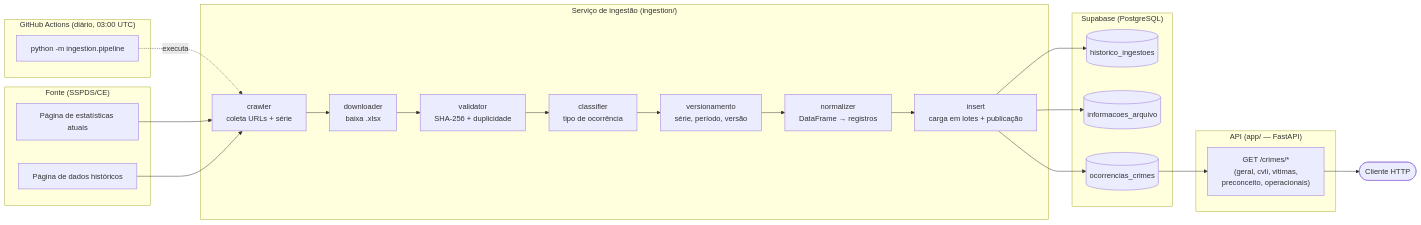
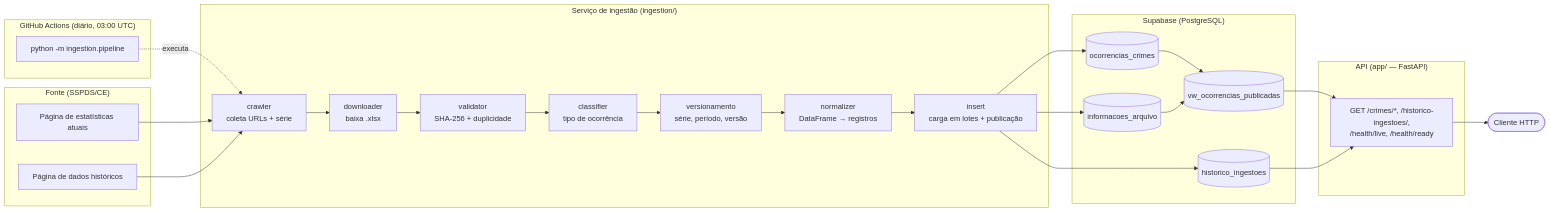
One commit to lucaspbds/api_sspds changed the diagram in README.md. Above: the diagram before and after it, drawn with Mermaid. The commit also changed other lines of this file and 2 other files, not shown here.

````diff
--- a/README.md
+++ b/README.md
@@ -42,39 +42,43 @@
 ```mermaid
 flowchart LR
     subgraph Fonte["Fonte (SSPDS/CE)"]
         P1["Página de estatísticas atuais"]
         P2["Página de dados históricos"]
     end
 
     subgraph Agendador["GitHub Actions (diário, 03:00 UTC)"]
         G["python -m ingestion.pipeline"]
     end
 
     subgraph Ingestao["Serviço de ingestão (ingestion/)"]
         C["crawler<br/>coleta URLs + série"] --> D["downloader<br/>baixa .xlsx"]
         D --> V["validator<br/>SHA-256 + duplicidade"]
         V --> K["classifier<br/>tipo de ocorrência"]
         K --> W["versionamento<br/>série, período, versão"]
         W --> N["normalizer<br/>DataFrame → registros"]
         N --> I["insert<br/>carga em lotes + publicação"]
     end
 
     subgraph Banco["Supabase (PostgreSQL)"]
         T1[("historico_ingestoes")]
         T2[("informacoes_arquivo")]
         T3[("ocorrencias_crimes")]
+        V1[("vw_ocorrencias_publicadas")]
     end
 
     subgraph API["API (app/ — FastAPI)"]
-        R["GET /crimes/*<br/>(geral, cvli, vitimas,<br/>preconceito, operacionais)"]
+        R["GET /crimes/*, /historico-ingestoes/,<br/>/health/live, /health/ready"]
     end
 
     G -.executa.-> C
     P1 --> C
     P2 --> C
     I --> T1
     I --> T2
     I --> T3
-    T3 --> R
+    T3 --> V1
+    T2 --> V1
+    V1 --> R
+    T1 --> R
     R --> U(["Cliente HTTP"])
 ```
````
